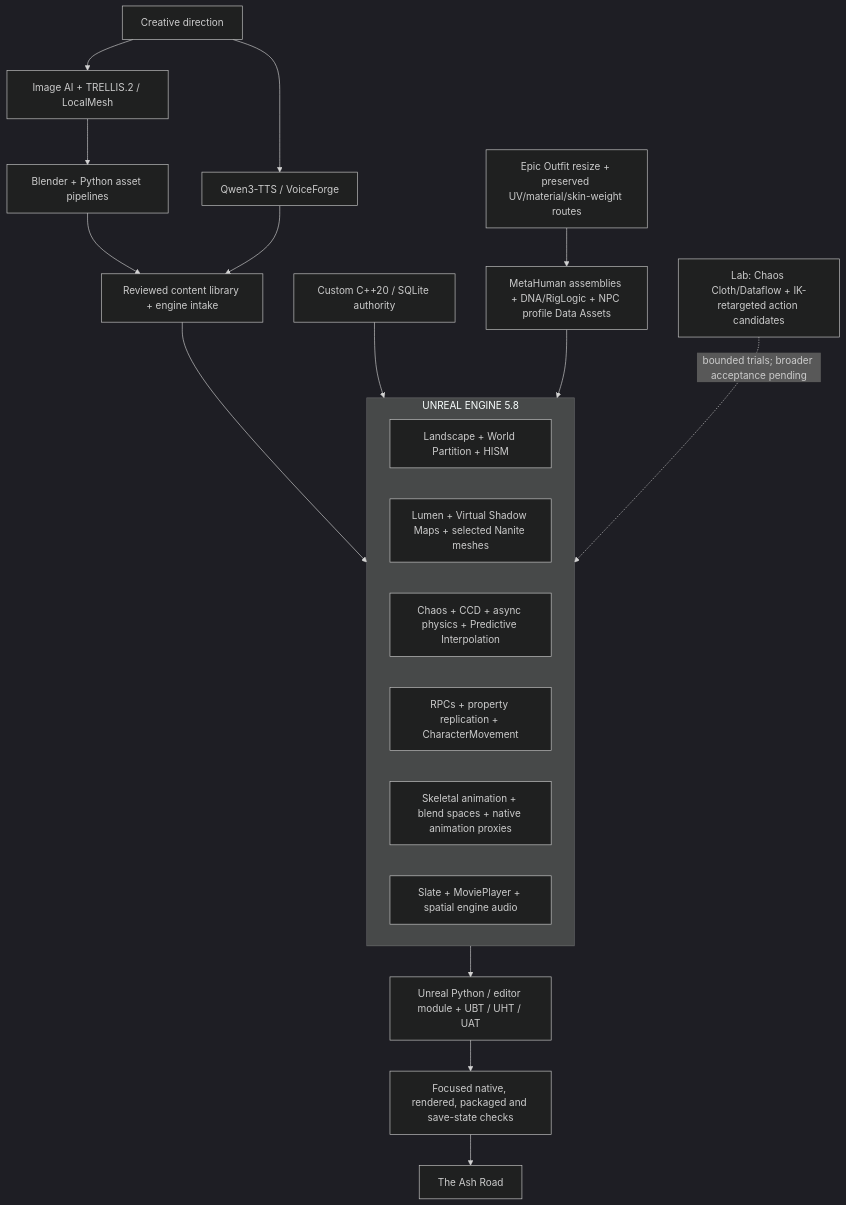
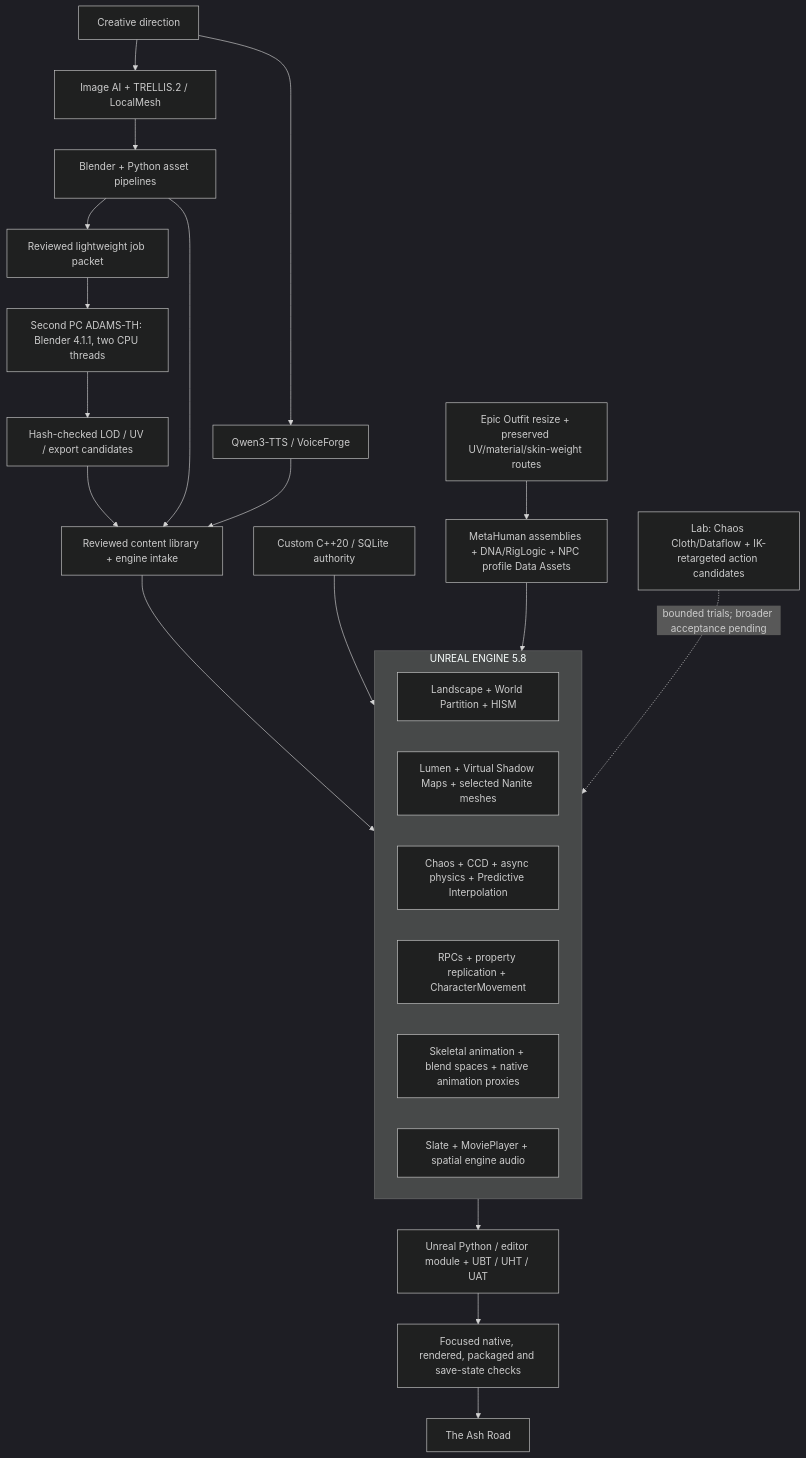
Before and after one commit to CA-The-destroyer/G-Ash_Road_ep1: the diagram in docs/diagrams/ash-road-system-design.md, drawn with Mermaid (dark theme). The commit also changed other lines of this file and 14 other files, not shown here.

Commit message:
docs: credit owner-recruited second PC across notes and diagrams

````diff
--- a/docs/diagrams/ash-road-system-design.md
+++ b/docs/diagrams/ash-road-system-design.md
@@ -5,24 +5,28 @@
 ```mermaid
 flowchart TB
     D["Creative direction"] --> A["Image AI + TRELLIS.2 / LocalMesh"]
     D --> V["Qwen3-TTS / VoiceForge"]
     A --> B["Blender + Python asset pipelines"]
+    B --> workerPacket["Reviewed lightweight job packet"]
+    workerPacket --> remoteWorker["Second PC ADAMS-TH: Blender 4.1.1, two CPU threads"]
+    remoteWorker --> candidateReview["Hash-checked LOD / UV / export candidates"]
+    candidateReview --> L
     B --> L["Reviewed content library + engine intake"]
     V --> L
     L --> U
     subgraph U["UNREAL ENGINE 5.8"]
         W["Landscape + World Partition + HISM"]
         R["Lumen + Virtual Shadow Maps + selected Nanite meshes"]
         P["Chaos + CCD + async physics + Predictive Interpolation"]
         N["RPCs + property replication + CharacterMovement"]
         AN["Skeletal animation + blend spaces + native animation proxies"]
         UI["Slate + MoviePlayer + spatial engine audio"]
     end
     C["Custom C++20 / SQLite authority"] --> U
     M["MetaHuman assemblies + DNA/RigLogic + NPC profile Data Assets"] --> U
     O["Epic Outfit resize + preserved UV/material/skin-weight routes"] --> M
     LAB["Lab: Chaos Cloth/Dataflow + IK-retargeted action candidates"] -. "bounded trials; broader acceptance pending" .-> U
     U --> E["Unreal Python / editor module + UBT / UHT / UAT"]
     E --> Q["Focused native, rendered, packaged and save-state checks"]
     Q --> G["The Ash Road"]
 ```
````
